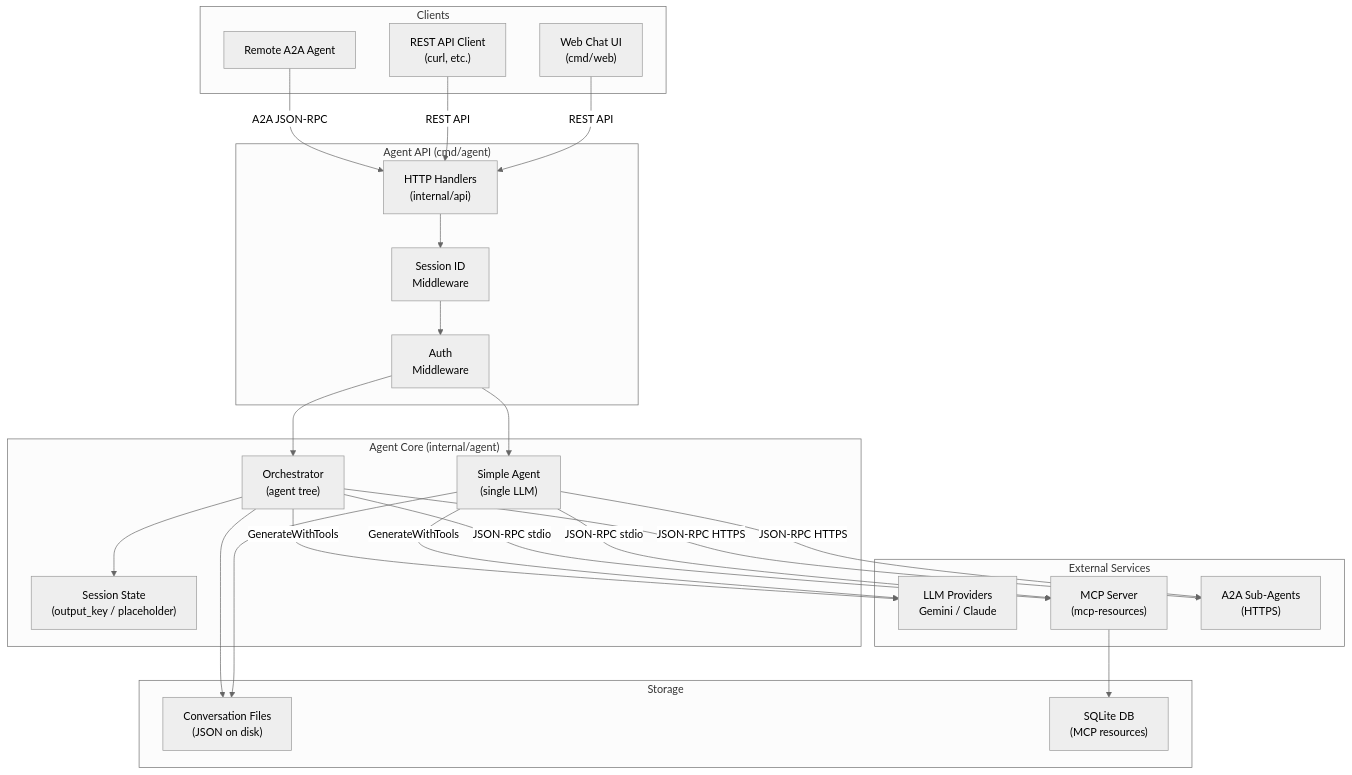
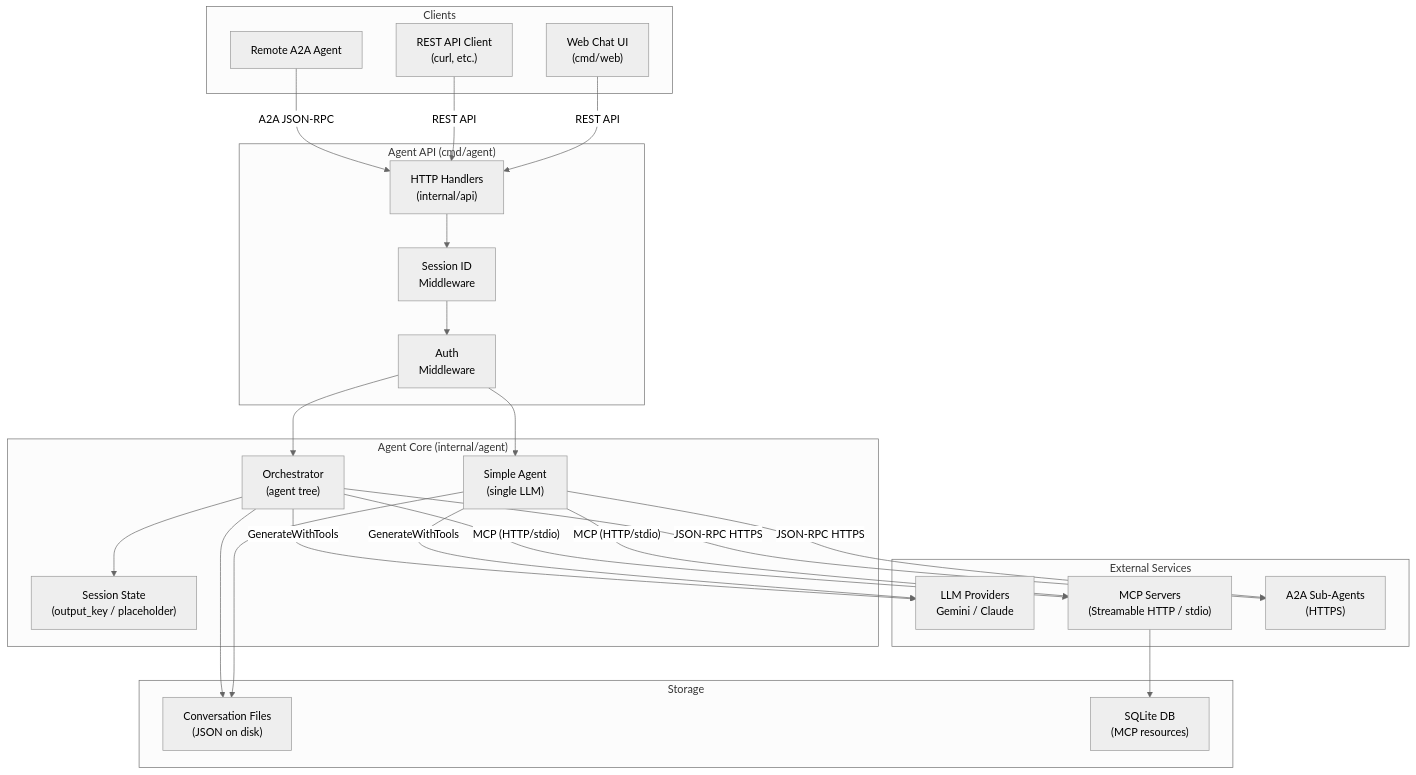
One commit to smorand/agent-stop-and-go changed the first of 11 diagrams in docs/architecture.md. Above: the diagram before and after it, drawn with Mermaid (neutral theme). The commit also changed other lines of this file and 33 other files, not shown here.

First line of the commit message:
feat: multi MCP servers support

````diff
--- a/docs/architecture.md
+++ b/docs/architecture.md
@@ -9,53 +9,53 @@
 ```mermaid
 graph TB
     subgraph "Clients"
         WebUI["Web Chat UI<br/>(cmd/web)"]
         REST["REST API Client<br/>(curl, etc.)"]
         RemoteAgent["Remote A2A Agent"]
     end
 
     subgraph "Agent API (cmd/agent)"
         API["HTTP Handlers<br/>(internal/api)"]
         SID["Session ID<br/>Middleware"]
         Auth["Auth<br/>Middleware"]
     end
 
     subgraph "Agent Core (internal/agent)"
         Simple["Simple Agent<br/>(single LLM)"]
         Orch["Orchestrator<br/>(agent tree)"]
         State["Session State<br/>(output_key / placeholder)"]
     end
 
     subgraph "External Services"
         LLM["LLM Providers<br/>Gemini / Claude"]
-        MCP["MCP Server<br/>(mcp-resources)"]
+        MCP["MCP Servers<br/>(Streamable HTTP / stdio)"]
         A2ARemote["A2A Sub-Agents<br/>(HTTPS)"]
     end
 
     subgraph "Storage"
         JSONFiles["Conversation Files<br/>(JSON on disk)"]
         SQLite["SQLite DB<br/>(MCP resources)"]
     end
 
     WebUI -->|"REST API"| API
     REST -->|"REST API"| API
     RemoteAgent -->|"A2A JSON-RPC"| API
 
     API --> SID --> Auth
     Auth --> Simple
     Auth --> Orch
 
     Simple -->|"GenerateWithTools"| LLM
     Orch -->|"GenerateWithTools"| LLM
     Orch --> State
 
-    Simple -->|"JSON-RPC stdio"| MCP
-    Orch -->|"JSON-RPC stdio"| MCP
+    Simple -->|"MCP (HTTP/stdio)"| MCP
+    Orch -->|"MCP (HTTP/stdio)"| MCP
 
     Simple -->|"JSON-RPC HTTPS"| A2ARemote
     Orch -->|"JSON-RPC HTTPS"| A2ARemote
 
     Simple --> JSONFiles
     Orch --> JSONFiles
     MCP --> SQLite
 ```
````
